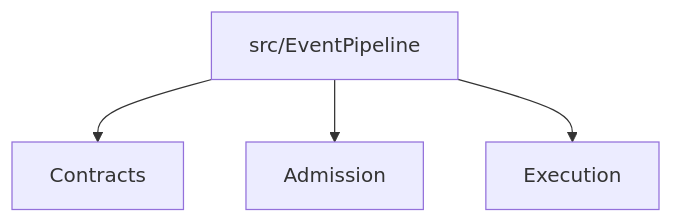
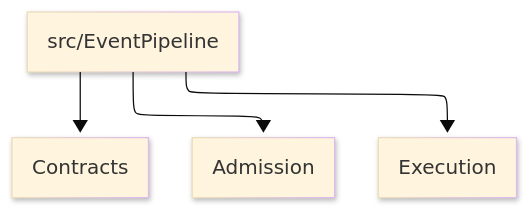
The second of 2 diagrams in docs/standards/explanation/architecture.md (bsamiee/Rasm), drawn with Mermaid before and after one commit. The commit also changed other lines of this file and 70 other files, not shown here.

````diff
--- a/docs/standards/explanation/architecture.md
+++ b/docs/standards/explanation/architecture.md
@@ -276,6 +286,18 @@
-```mermaid rejected
+```mermaid
+---
+config:
+  layout: elk
+  look: neo
+  theme: base
+  elk:
+    mergeEdges: false
+    nodePlacementStrategy: BRANDES_KOEPF
+    cycleBreakingStrategy: GREEDY_MODEL_ORDER
+---
 flowchart TB
+    accTitle: Rejected folder-box diagram
+    accDescr: The diagram redraws EventPipeline folders as boxes without showing flow, dependency, boundary, state, or proof.
     Root["src/EventPipeline"] --> Contracts["Contracts"]
     Root --> Admission["Admission"]
     Root --> Execution["Execution"]
 ```
````
